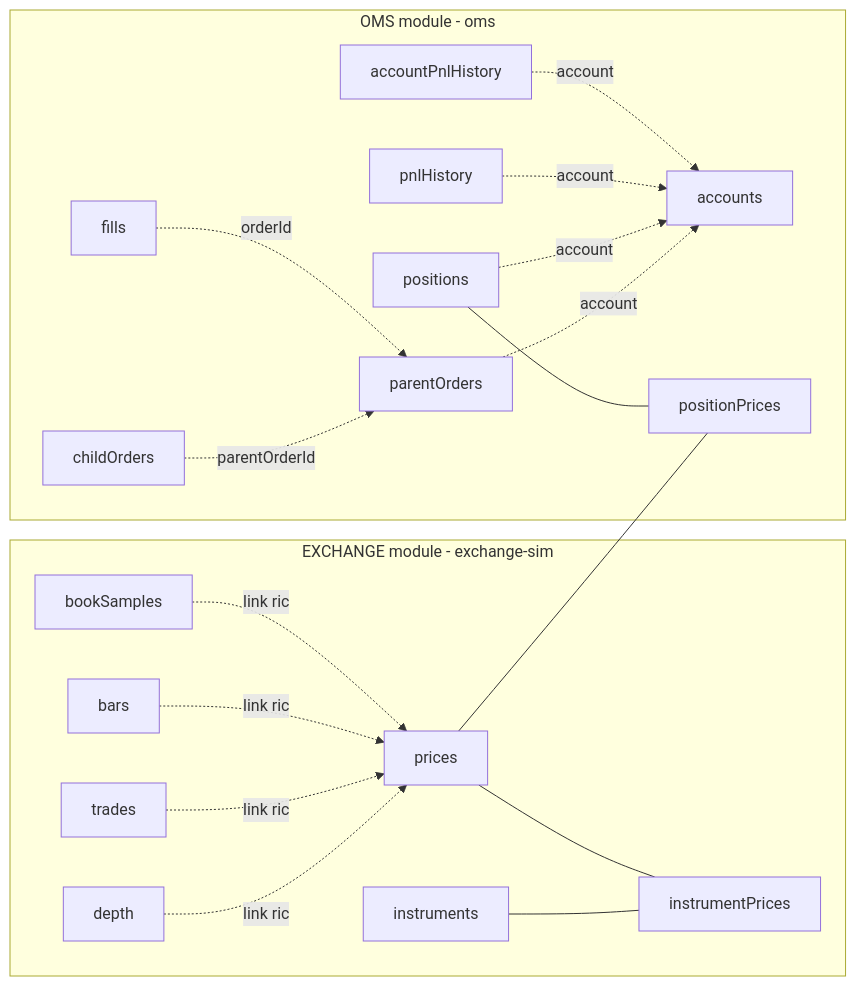
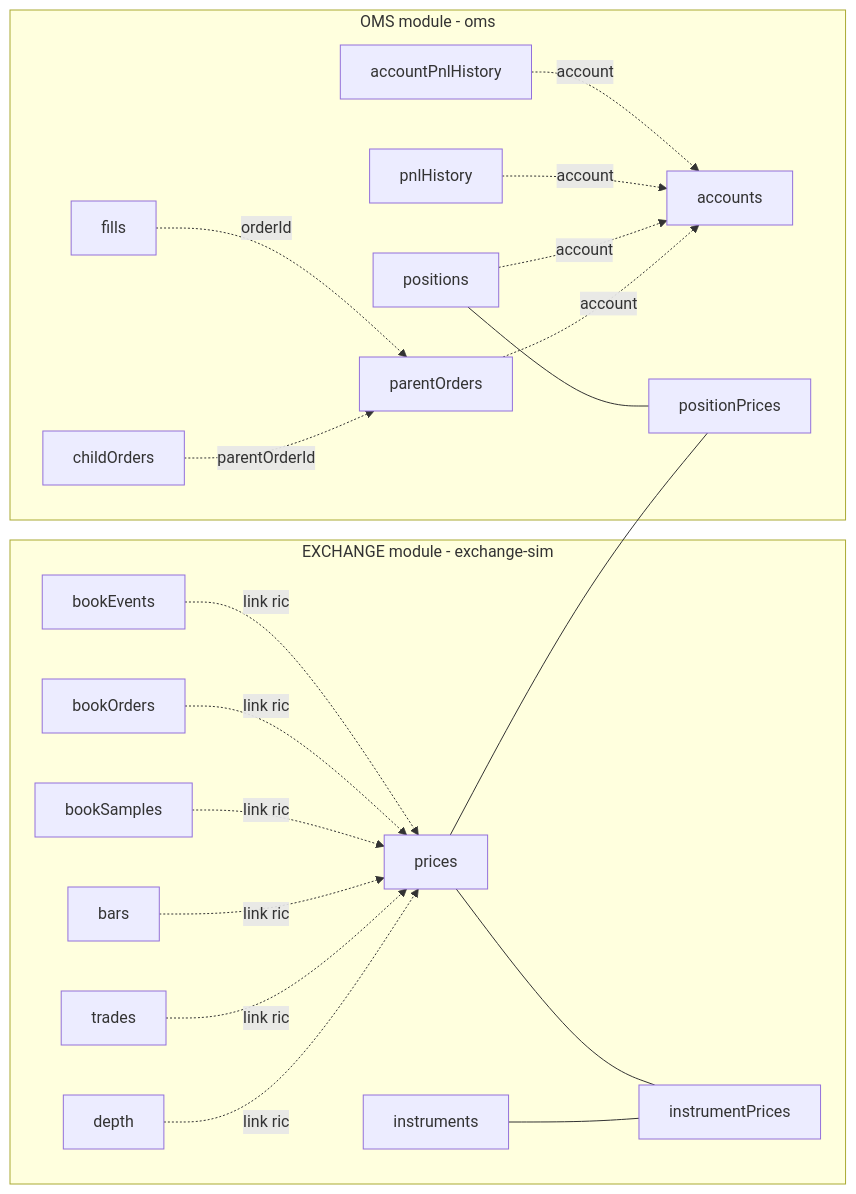
One commit to heswell/trader changed the diagram in docs/schemas.md. Above: the diagram before and after it, drawn with Mermaid. The commit also changed other lines of this file and 18 other files, not shown here.

````diff
--- a/docs/schemas.md
+++ b/docs/schemas.md
@@ -9,22 +9,24 @@
 ```mermaid
 flowchart LR
   subgraph EXCHANGE [EXCHANGE module - exchange-sim]
     instruments --- instrumentPrices
     prices --- instrumentPrices
     depth -. link ric .-> prices
     trades -. link ric .-> prices
     bars -. link ric .-> prices
     bookSamples -. link ric .-> prices
+    bookOrders -. link ric .-> prices
+    bookEvents -. link ric .-> prices
   end
   subgraph OMS [OMS module - oms]
     accounts
     parentOrders -. account .-> accounts
     childOrders -. parentOrderId .-> parentOrders
     fills -. orderId .-> parentOrders
     positions -. account .-> accounts
     positions --- positionPrices
     pnlHistory -. account .-> accounts
     accountPnlHistory -. account .-> accounts
   end
   prices --- positionPrices
 ```
````
